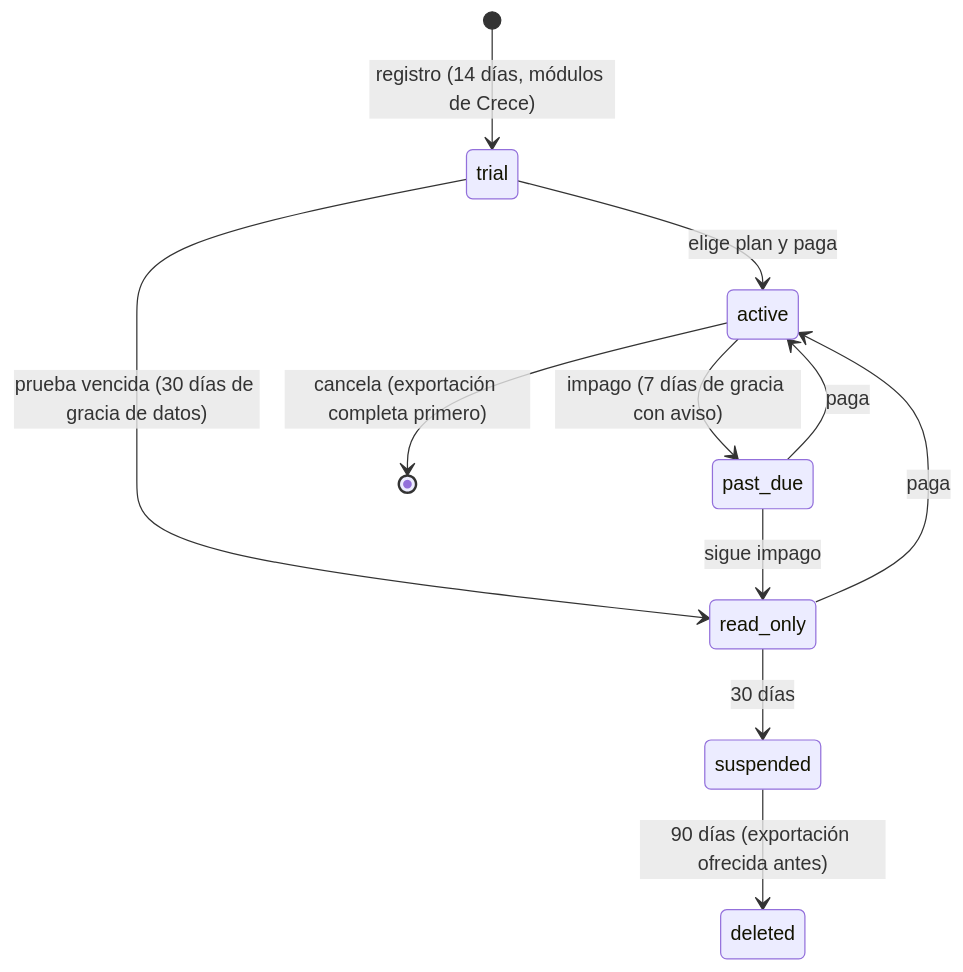
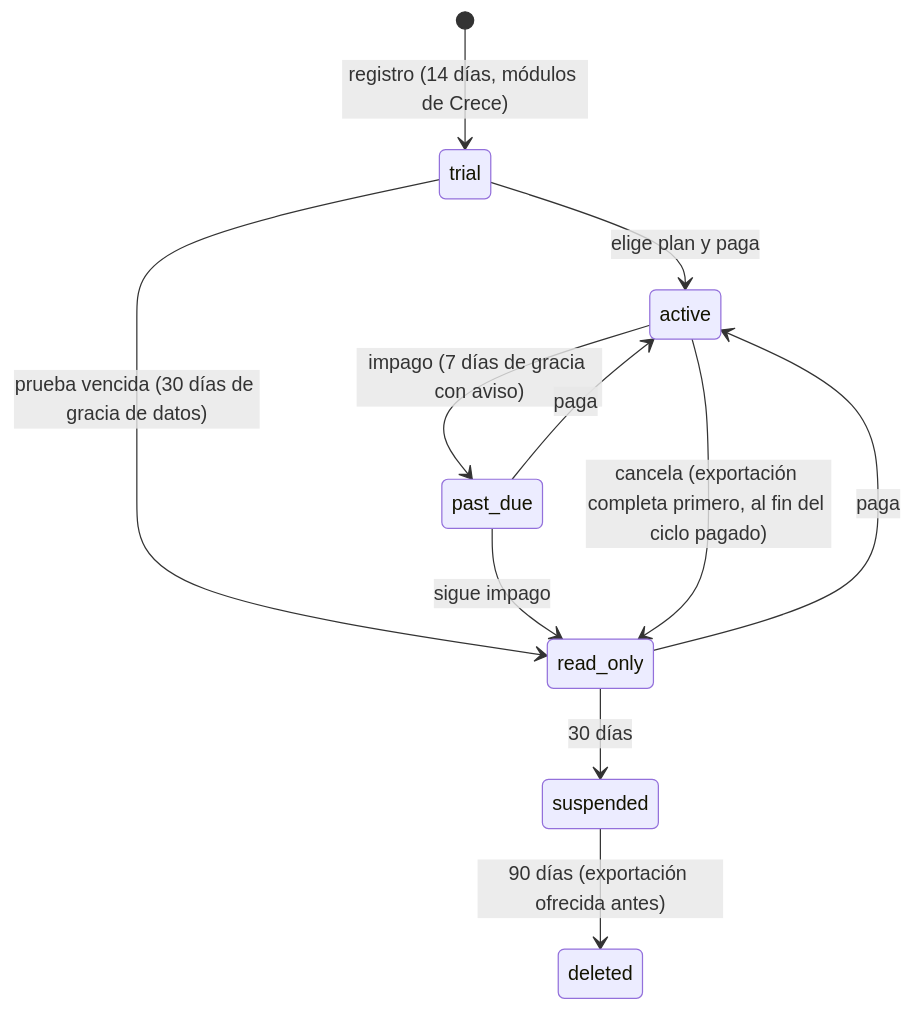
One commit to voxtilabs/IAxTi changed the seventh of 7 diagrams in docs/ARCHITECTURE.md. Above: the diagram before and after it, drawn with Mermaid. The commit also changed 8 other files, not shown here.

````diff
--- a/docs/ARCHITECTURE.md
+++ b/docs/ARCHITECTURE.md
@@ -185,13 +185,13 @@
 ```mermaid
 stateDiagram-v2
   [*] --> trial: registro (14 días, módulos de Crece)
   trial --> active: elige plan y paga
   trial --> read_only: prueba vencida (30 días de gracia de datos)
   active --> past_due: impago (7 días de gracia con aviso)
   past_due --> active: paga
   past_due --> read_only: sigue impago
   read_only --> active: paga
   read_only --> suspended: 30 días
   suspended --> deleted: 90 días (exportación ofrecida antes)
-  active --> [*]: cancela (exportación completa primero)
+  active --> read_only: cancela (exportación completa primero, al fin del ciclo pagado)
 ```
````
